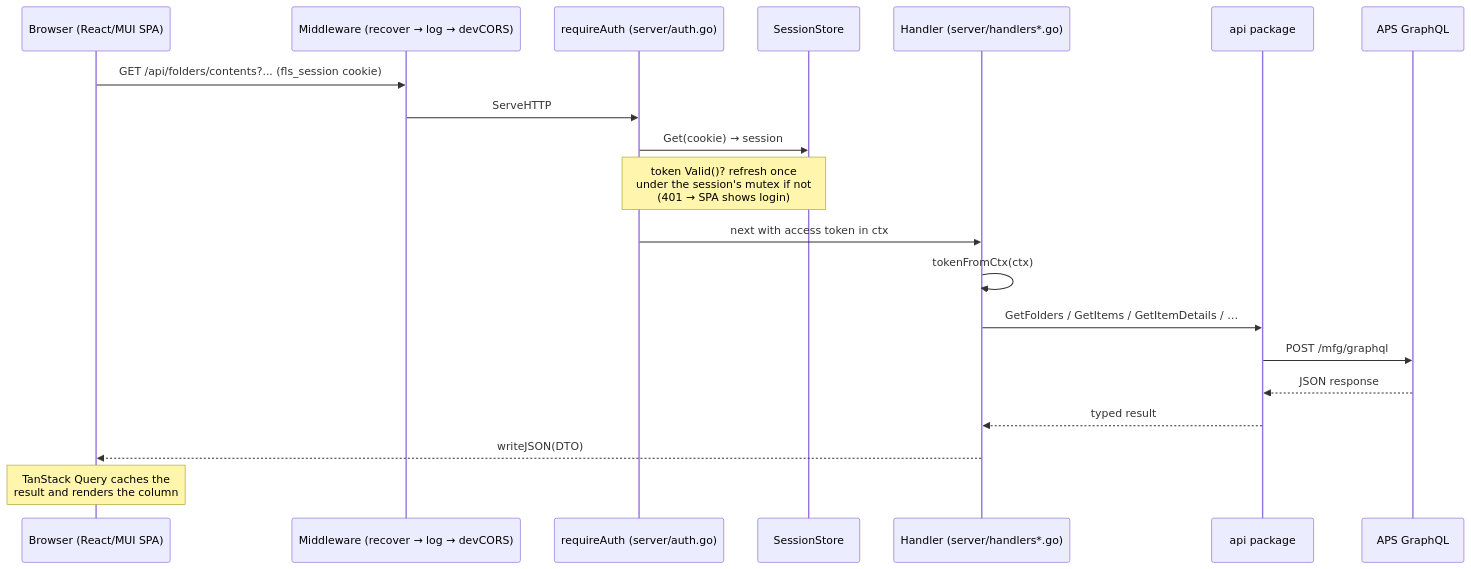
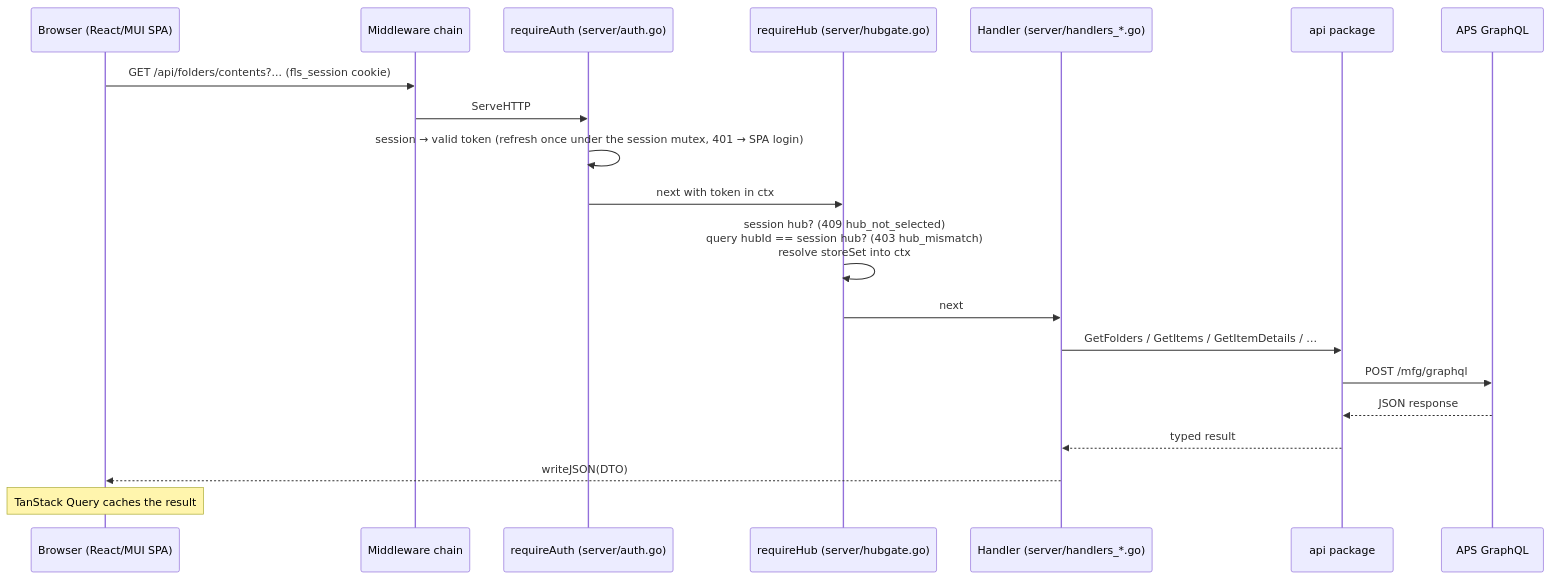
One commit to schneik80/FusionOnPremServer changed the sixth of 7 diagrams in docs/architecture.md. Above: the diagram before and after it, drawn with Mermaid. The commit also changed other lines of this file and 20 other files, not shown here.

````diff
--- a/docs/architecture.md
+++ b/docs/architecture.md
@@ -220,23 +270,23 @@
 ```mermaid
 sequenceDiagram
     participant B as Browser (React/MUI SPA)
-    participant MW as Middleware (recover → log → devCORS)
+    participant MW as Middleware chain
     participant RA as requireAuth (server/auth.go)
-    participant S as SessionStore
-    participant H as Handler (server/handlers*.go)
+    participant RH as requireHub (server/hubgate.go)
+    participant H as Handler (server/handlers_*.go)
     participant API as api package
     participant APS as APS GraphQL
 
     B->>MW: GET /api/folders/contents?... (fls_session cookie)
     MW->>RA: ServeHTTP
-    RA->>S: Get(cookie) → session
-    Note over RA,S: token Valid()? refresh once<br/>under the session's mutex if not<br/>(401 → SPA shows login)
-    RA->>H: next with access token in ctx
-    H->>H: tokenFromCtx(ctx)
+    RA->>RA: session → valid token (refresh once under the session mutex, 401 → SPA login)
+    RA->>RH: next with token in ctx
+    RH->>RH: session hub? (409 hub_not_selected)<br/>query hubId == session hub? (403 hub_mismatch)<br/>resolve storeSet into ctx
+    RH->>H: next
     H->>API: GetFolders / GetItems / GetItemDetails / …
     API->>APS: POST /mfg/graphql
     APS-->>API: JSON response
     API-->>H: typed result
     H-->>B: writeJSON(DTO)
-    Note over B: TanStack Query caches the<br/>result and renders the column
+    Note over B: TanStack Query caches the result
 ```
````
